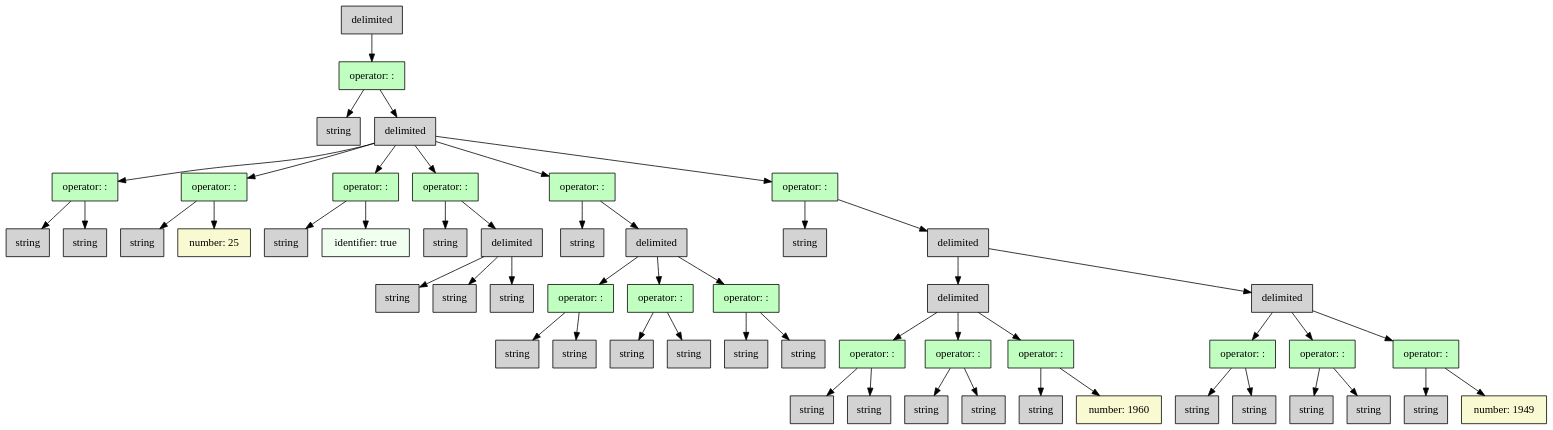
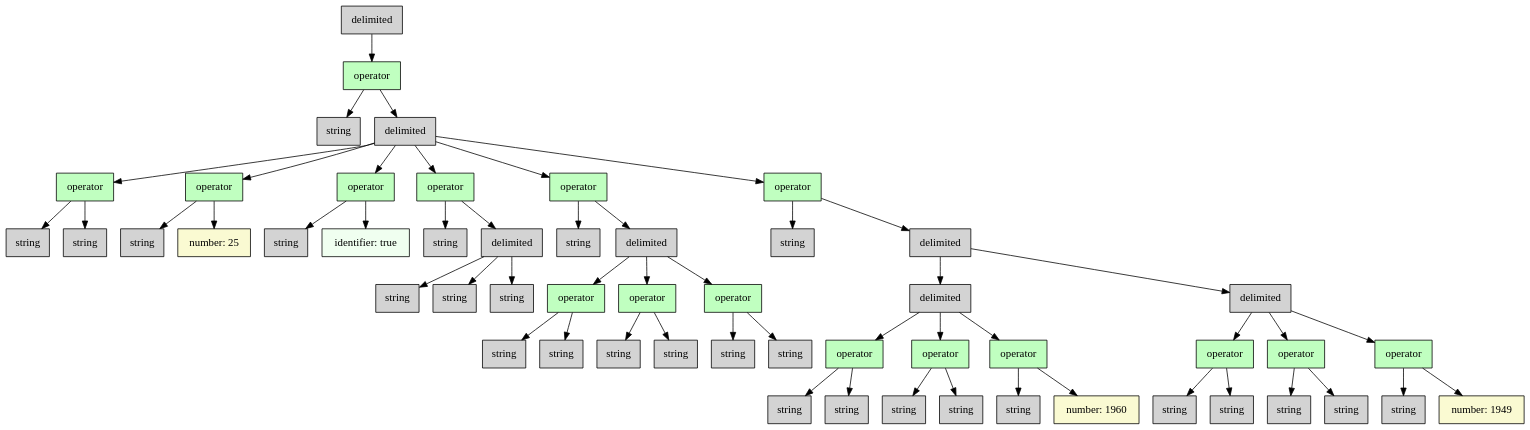
Before and after one commit to monogram-project/monogram-go: the second of 2 diagrams in docs/json_blob.md, drawn with Graphviz. The commit also changed other lines of this file and 7 other files, not shown here.

````diff
--- a/docs/json_blob.md
+++ b/docs/json_blob.md
@@ -750,112 +782,112 @@
 digraph G {
   bgcolor="transparent";
   node [shape="box", style="filled", fontname="Ubuntu Mono"];
-  "139478584281664" [label="delimited", shape="box", fillcolor="lightgray"];
-  "139478584281744" [label="operator: :", shape="box", fillcolor="#C0FFC0"];
-  "139478584281664" -> "139478584281744";
-  "139478584281824" [label="string", shape="box", fillcolor="lightgray"];
-  "139478584281744" -> "139478584281824";
-  "139478584281904" [label="delimited", shape="box", fillcolor="lightgray"];
-  "139478584281744" -> "139478584281904";
-  "139478584281984" [label="operator: :", shape="box", fillcolor="#C0FFC0"];
-  "139478584281904" -> "139478584281984";
-  "139478584282064" [label="string", shape="box", fillcolor="lightgray"];
-  "139478584281984" -> "139478584282064";
-  "139478584282144" [label="string", shape="box", fillcolor="lightgray"];
-  "139478584281984" -> "139478584282144";
-  "139478584282224" [label="operator: :", shape="box", fillcolor="#C0FFC0"];
-  "139478584281904" -> "139478584282224";
-  "139478584282304" [label="string", shape="box", fillcolor="lightgray"];
-  "139478584282224" -> "139478584282304";
-  "139478584282384" [label="number: 25", shape="box", fillcolor="lightgoldenrodyellow"];
-  "139478584282224" -> "139478584282384";
-  "139478584282464" [label="operator: :", shape="box", fillcolor="#C0FFC0"];
-  "139478584281904" -> "139478584282464";
-  "139478584282544" [label="string", shape="box", fillcolor="lightgray"];
-  "139478584282464" -> "139478584282544";
-  "139478584282624" [label="identifier: true", shape="box", fillcolor="Honeydew"];
-  "139478584282464" -> "139478584282624";
-  "139478584282704" [label="operator: :", shape="box", fillcolor="#C0FFC0"];
-  "139478584281904" -> "139478584282704";
-  "139478584282784" [label="string", shape="box", fillcolor="lightgray"];
-  "139478584282704" -> "139478584282784";
-  "139478584282864" [label="delimited", shape="box", fillcolor="lightgray"];
-  "139478584282704" -> "139478584282864";
-  "139478584282944" [label="string", shape="box", fillcolor="lightgray"];
-  "139478584282864" -> "139478584282944";
-  "139478584283024" [label="string", shape="box", fillcolor="lightgray"];
-  "139478584282864" -> "139478584283024";
-  "139478584283104" [label="string", shape="box", fillcolor="lightgray"];
-  "139478584282864" -> "139478584283104";
-  "139478584283184" [label="operator: :", shape="box", fillcolor="#C0FFC0"];
-  "139478584281904" -> "139478584283184";
-  "139478584283264" [label="string", shape="box", fillcolor="lightgray"];
-  "139478584283184" -> "139478584283264";
-  "139478584283344" [label="delimited", shape="box", fillcolor="lightgray"];
-  "139478584283184" -> "139478584283344";
-  "139478584283424" [label="operator: :", shape="box", fillcolor="#C0FFC0"];
-  "139478584283344" -> "139478584283424";
-  "139478584283584" [label="string", shape="box", fillcolor="lightgray"];
-  "139478584283424" -> "139478584283584";
-  "139478584283744" [label="string", shape="box", fillcolor="lightgray"];
-  "139478584283424" -> "139478584283744";
-  "139478584283824" [label="operator: :", shape="box", fillcolor="#C0FFC0"];
-  "139478584283344" -> "139478584283824";
-  "139478584283984" [label="string", shape="box", fillcolor="lightgray"];
-  "139478584283824" -> "139478584283984";
-  "139478584284144" [label="string", shape="box", fillcolor="lightgray"];
-  "139478584283824" -> "139478584284144";
-  "139478584284224" [label="operator: :", shape="box", fillcolor="#C0FFC0"];
-  "139478584283344" -> "139478584284224";
-  "139478584284384" [label="string", shape="box", fillcolor="lightgray"];
-  "139478584284224" -> "139478584284384";
-  "139478584284544" [label="string", shape="box", fillcolor="lightgray"];
-  "139478584284224" -> "139478584284544";
-  "139478584284624" [label="operator: :", shape="box", fillcolor="#C0FFC0"];
-  "139478584281904" -> "139478584284624";
-  "139478584284704" [label="string", shape="box", fillcolor="lightgray"];
-  "139478584284624" -> "139478584284704";
-  "139478584284784" [label="delimited", shape="box", fillcolor="lightgray"];
-  "139478584284624" -> "139478584284784";
-  "139478584284864" [label="delimited", shape="box", fillcolor="lightgray"];
-  "139478584284784" -> "139478584284864";
-  "139478584285024" [label="operator: :", shape="box", fillcolor="#C0FFC0"];
-  "139478584284864" -> "139478584285024";
-  "139478584285184" [label="string", shape="box", fillcolor="lightgray"];
-  "139478584285024" -> "139478584285184";
-  "139478584285344" [label="string", shape="box", fillcolor="lightgray"];
-  "139478584285024" -> "139478584285344";
-  "139478584285584" [label="operator: :", shape="box", fillcolor="#C0FFC0"];
-  "139478584284864" -> "139478584285584";
-  "139478584285744" [label="string", shape="box", fillcolor="lightgray"];
-  "139478584285584" -> "139478584285744";
-  "139478584285904" [label="string", shape="box", fillcolor="lightgray"];
-  "139478584285584" -> "139478584285904";
-  "139478584286144" [label="operator: :", shape="box", fillcolor="#C0FFC0"];
-  "139478584284864" -> "139478584286144";
-  "139478584286304" [label="string", shape="box", fillcolor="lightgray"];
-  "139478584286144" -> "139478584286304";
-  "139478584286464" [label="number: 1960", shape="box", fillcolor="lightgoldenrodyellow"];
-  "139478584286144" -> "139478584286464";
-  "139478584286624" [label="delimited", shape="box", fillcolor="lightgray"];
-  "139478584284784" -> "139478584286624";
-  "139478584286784" [label="operator: :", shape="box", fillcolor="#C0FFC0"];
-  "139478584286624" -> "139478584286784";
-  "139478584286944" [label="string", shape="box", fillcolor="lightgray"];
-  "139478584286784" -> "139478584286944";
-  "139478584287104" [label="string", shape="box", fillcolor="lightgray"];
-  "139478584286784" -> "139478584287104";
-  "139478584287344" [label="operator: :", shape="box", fillcolor="#C0FFC0"];
-  "139478584286624" -> "139478584287344";
-  "139478584287504" [label="string", shape="box", fillcolor="lightgray"];
-  "139478584287344" -> "139478584287504";
-  "139478584287664" [label="string", shape="box", fillcolor="lightgray"];
-  "139478584287344" -> "139478584287664";
-  "139478584287904" [label="operator: :", shape="box", fillcolor="#C0FFC0"];
-  "139478584286624" -> "139478584287904";
-  "139478584288064" [label="string", shape="box", fillcolor="lightgray"];
-  "139478584287904" -> "139478584288064";
-  "139478584288224" [label="number: 1949", shape="box", fillcolor="lightgoldenrodyellow"];
-  "139478584287904" -> "139478584288224";
+  "132440252320320" [label="delimited", shape="box", fillcolor="lightgray"];
+  "132440252320400" [label="operator", shape="box", fillcolor="#C0FFC0"];
+  "132440252320320" -> "132440252320400";
+  "132440252320480" [label="string", shape="box", fillcolor="lightgray"];
+  "132440252320400" -> "132440252320480";
+  "132440252320560" [label="delimited", shape="box", fillcolor="lightgray"];
+  "132440252320400" -> "132440252320560";
+  "132440252320640" [label="operator", shape="box", fillcolor="#C0FFC0"];
+  "132440252320560" -> "132440252320640";
+  "132440252320720" [label="string", shape="box", fillcolor="lightgray"];
+  "132440252320640" -> "132440252320720";
+  "132440252320800" [label="string", shape="box", fillcolor="lightgray"];
+  "132440252320640" -> "132440252320800";
+  "132440252320880" [label="operator", shape="box", fillcolor="#C0FFC0"];
+  "132440252320560" -> "132440252320880";
+  "132440252320960" [label="string", shape="box", fillcolor="lightgray"];
+  "132440252320880" -> "132440252320960";
+  "132440252321040" [label="number: 25", shape="box", fillcolor="lightgoldenrodyellow"];
+  "132440252320880" -> "132440252321040";
+  "132440252321120" [label="operator", shape="box", fillcolor="#C0FFC0"];
+  "132440252320560" -> "132440252321120";
+  "132440252321200" [label="string", shape="box", fillcolor="lightgray"];
+  "132440252321120" -> "132440252321200";
+  "132440252321280" [label="identifier: true", shape="box", fillcolor="Honeydew"];
+  "132440252321120" -> "132440252321280";
+  "132440252321360" [label="operator", shape="box", fillcolor="#C0FFC0"];
+  "132440252320560" -> "132440252321360";
+  "132440252321440" [label="string", shape="box", fillcolor="lightgray"];
+  "132440252321360" -> "132440252321440";
+  "132440252321520" [label="delimited", shape="box", fillcolor="lightgray"];
+  "132440252321360" -> "132440252321520";
+  "132440252321600" [label="string", shape="box", fillcolor="lightgray"];
+  "132440252321520" -> "132440252321600";
+  "132440252321680" [label="string", shape="box", fillcolor="lightgray"];
+  "132440252321520" -> "132440252321680";
+  "132440252321760" [label="string", shape="box", fillcolor="lightgray"];
+  "132440252321520" -> "132440252321760";
+  "132440252321840" [label="operator", shape="box", fillcolor="#C0FFC0"];
+  "132440252320560" -> "132440252321840";
+  "132440252321920" [label="string", shape="box", fillcolor="lightgray"];
+  "132440252321840" -> "132440252321920";
+  "132440252322000" [label="delimited", shape="box", fillcolor="lightgray"];
+  "132440252321840" -> "132440252322000";
+  "132440252322080" [label="operator", shape="box", fillcolor="#C0FFC0"];
+  "132440252322000" -> "132440252322080";
+  "132440252322240" [label="string", shape="box", fillcolor="lightgray"];
+  "132440252322080" -> "132440252322240";
+  "132440252322400" [label="string", shape="box", fillcolor="lightgray"];
+  "132440252322080" -> "132440252322400";
+  "132440252322480" [label="operator", shape="box", fillcolor="#C0FFC0"];
+  "132440252322000" -> "132440252322480";
+  "132440252322640" [label="string", shape="box", fillcolor="lightgray"];
+  "132440252322480" -> "132440252322640";
+  "132440252322800" [label="string", shape="box", fillcolor="lightgray"];
+  "132440252322480" -> "132440252322800";
+  "132440252322880" [label="operator", shape="box", fillcolor="#C0FFC0"];
+  "132440252322000" -> "132440252322880";
+  "132440252323040" [label="string", shape="box", fillcolor="lightgray"];
+  "132440252322880" -> "132440252323040";
+  "132440252323200" [label="string", shape="box", fillcolor="lightgray"];
+  "132440252322880" -> "132440252323200";
+  "132440252323280" [label="operator", shape="box", fillcolor="#C0FFC0"];
+  "132440252320560" -> "132440252323280";
+  "132440252323360" [label="string", shape="box", fillcolor="lightgray"];
+  "132440252323280" -> "132440252323360";
+  "132440252323440" [label="delimited", shape="box", fillcolor="lightgray"];
+  "132440252323280" -> "132440252323440";
+  "132440252323520" [label="delimited", shape="box", fillcolor="lightgray"];
+  "132440252323440" -> "132440252323520";
+  "132440252323680" [label="operator", shape="box", fillcolor="#C0FFC0"];
+  "132440252323520" -> "132440252323680";
+  "132440252323840" [label="string", shape="box", fillcolor="lightgray"];
+  "132440252323680" -> "132440252323840";
+  "132440252324000" [label="string", shape="box", fillcolor="lightgray"];
+  "132440252323680" -> "132440252324000";
+  "132440252324240" [label="operator", shape="box", fillcolor="#C0FFC0"];
+  "132440252323520" -> "132440252324240";
+  "132440252324400" [label="string", shape="box", fillcolor="lightgray"];
+  "132440252324240" -> "132440252324400";
+  "132440252324560" [label="string", shape="box", fillcolor="lightgray"];
+  "132440252324240" -> "132440252324560";
+  "132440252324800" [label="operator", shape="box", fillcolor="#C0FFC0"];
+  "132440252323520" -> "132440252324800";
+  "132440252324960" [label="string", shape="box", fillcolor="lightgray"];
+  "132440252324800" -> "132440252324960";
+  "132440252325120" [label="number: 1960", shape="box", fillcolor="lightgoldenrodyellow"];
+  "132440252324800" -> "132440252325120";
+  "132440252325280" [label="delimited", shape="box", fillcolor="lightgray"];
+  "132440252323440" -> "132440252325280";
+  "132440252325440" [label="operator", shape="box", fillcolor="#C0FFC0"];
+  "132440252325280" -> "132440252325440";
+  "132440252325600" [label="string", shape="box", fillcolor="lightgray"];
+  "132440252325440" -> "132440252325600";
+  "132440252325760" [label="string", shape="box", fillcolor="lightgray"];
+  "132440252325440" -> "132440252325760";
+  "132440252326000" [label="operator", shape="box", fillcolor="#C0FFC0"];
+  "132440252325280" -> "132440252326000";
+  "132440252326160" [label="string", shape="box", fillcolor="lightgray"];
+  "132440252326000" -> "132440252326160";
+  "132440252326320" [label="string", shape="box", fillcolor="lightgray"];
+  "132440252326000" -> "132440252326320";
+  "132440252326560" [label="operator", shape="box", fillcolor="#C0FFC0"];
+  "132440252325280" -> "132440252326560";
+  "132440252326720" [label="string", shape="box", fillcolor="lightgray"];
+  "132440252326560" -> "132440252326720";
+  "132440252326880" [label="number: 1949", shape="box", fillcolor="lightgoldenrodyellow"];
+  "132440252326560" -> "132440252326880";
 }
 ```
````
